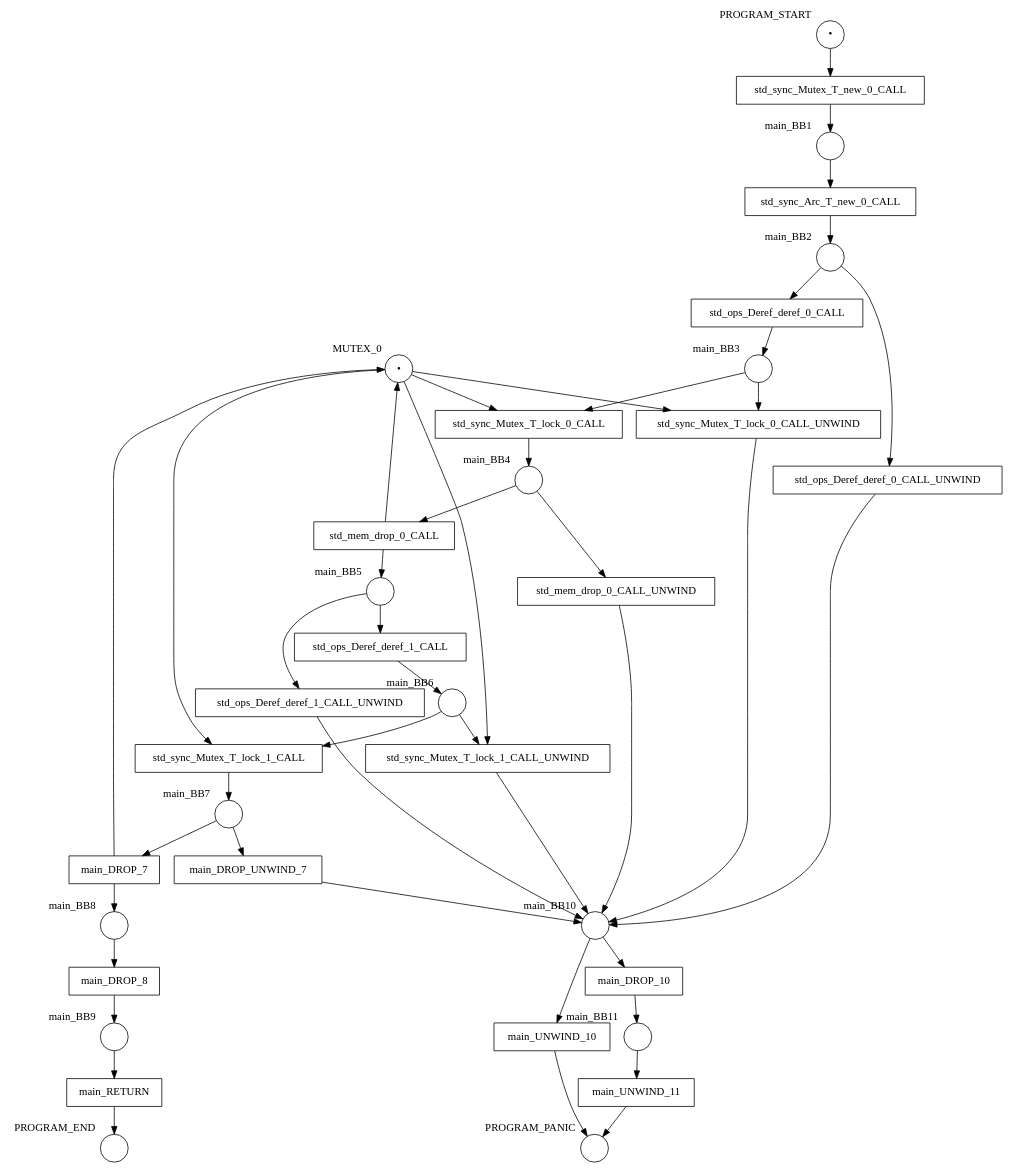
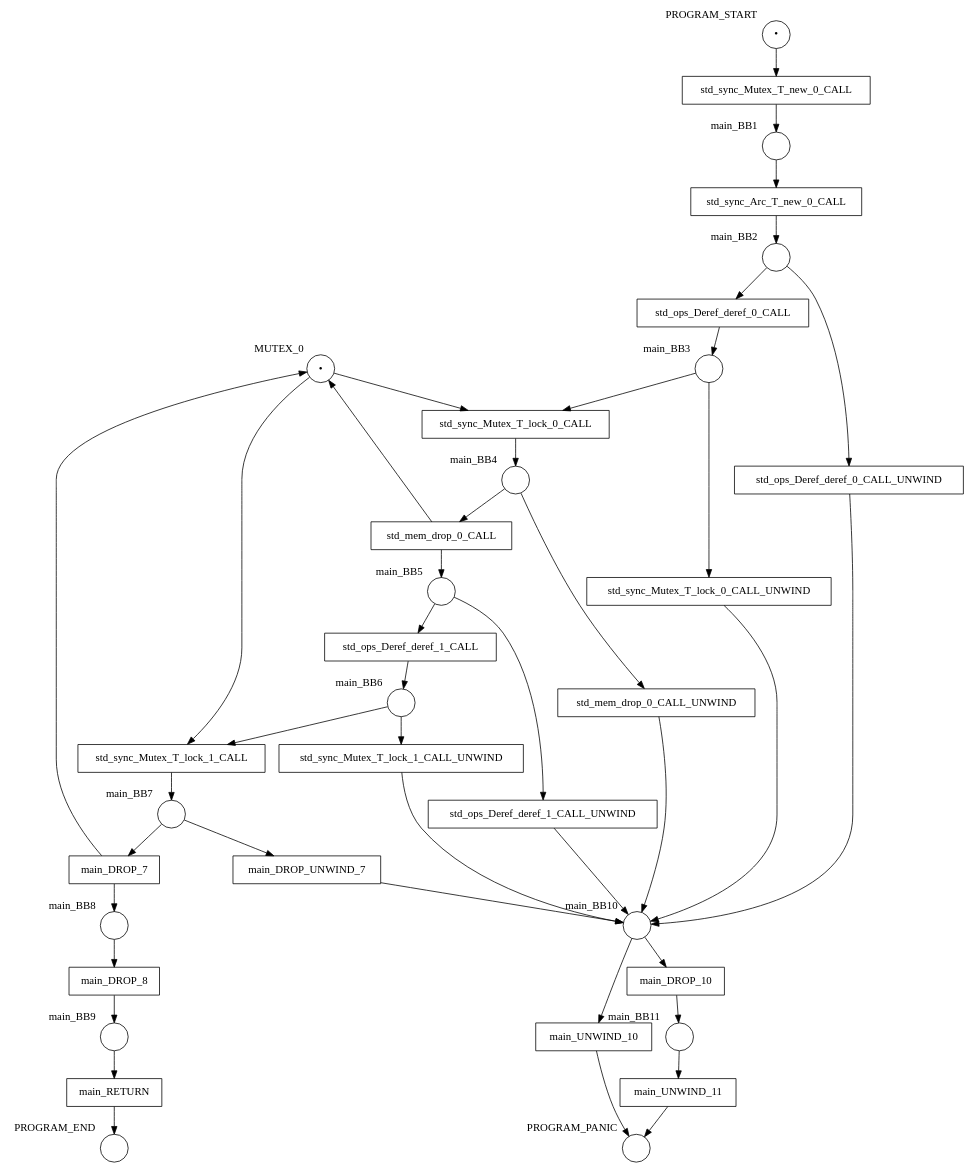
Before and after one commit to hlisdero/cargo-check-deadlock: the diagram in examples/results/mutex/drop_mutex_guard_in_arc_manually/net.dot, drawn with Graphviz. The commit also changed 21 other files, not shown here.

First line of the commit message:
Do not connect `std::sync::mutex::lock` unwind transition to mutex place

```diff
--- a/examples/results/mutex/drop_mutex_guard_in_arc_manually/net.dot
+++ b/examples/results/mutex/drop_mutex_guard_in_arc_manually/net.dot
@@ -1,80 +1,78 @@
 digraph petrinet {
     MUTEX_0 [shape="circle" xlabel="MUTEX_0" label="•"];
     PROGRAM_END [shape="circle" xlabel="PROGRAM_END" label=""];
     PROGRAM_PANIC [shape="circle" xlabel="PROGRAM_PANIC" label=""];
     PROGRAM_START [shape="circle" xlabel="PROGRAM_START" label="•"];
     main_BB1 [shape="circle" xlabel="main_BB1" label=""];
     main_BB10 [shape="circle" xlabel="main_BB10" label=""];
     main_BB11 [shape="circle" xlabel="main_BB11" label=""];
     main_BB2 [shape="circle" xlabel="main_BB2" label=""];
     main_BB3 [shape="circle" xlabel="main_BB3" label=""];
     main_BB4 [shape="circle" xlabel="main_BB4" label=""];
     main_BB5 [shape="circle" xlabel="main_BB5" label=""];
     main_BB6 [shape="circle" xlabel="main_BB6" label=""];
     main_BB7 [shape="circle" xlabel="main_BB7" label=""];
     main_BB8 [shape="circle" xlabel="main_BB8" label=""];
     main_BB9 [shape="circle" xlabel="main_BB9" label=""];
     main_DROP_10 [shape="box" xlabel="" label="main_DROP_10"];
     main_DROP_7 [shape="box" xlabel="" label="main_DROP_7"];
     main_DROP_8 [shape="box" xlabel="" label="main_DROP_8"];
     main_DROP_UNWIND_7 [shape="box" xlabel="" label="main_DROP_UNWIND_7"];
     main_RETURN [shape="box" xlabel="" label="main_RETURN"];
     main_UNWIND_10 [shape="box" xlabel="" label="main_UNWIND_10"];
     main_UNWIND_11 [shape="box" xlabel="" label="main_UNWIND_11"];
     std_mem_drop_0_CALL [shape="box" xlabel="" label="std_mem_drop_0_CALL"];
     std_mem_drop_0_CALL_UNWIND [shape="box" xlabel="" label="std_mem_drop_0_CALL_UNWIND"];
     std_ops_Deref_deref_0_CALL [shape="box" xlabel="" label="std_ops_Deref_deref_0_CALL"];
     std_ops_Deref_deref_0_CALL_UNWIND [shape="box" xlabel="" label="std_ops_Deref_deref_0_CALL_UNWIND"];
     std_ops_Deref_deref_1_CALL [shape="box" xlabel="" label="std_ops_Deref_deref_1_CALL"];
     std_ops_Deref_deref_1_CALL_UNWIND [shape="box" xlabel="" label="std_ops_Deref_deref_1_CALL_UNWIND"];
     std_sync_Arc_T_new_0_CALL [shape="box" xlabel="" label="std_sync_Arc_T_new_0_CALL"];
     std_sync_Mutex_T_lock_0_CALL [shape="box" xlabel="" label="std_sync_Mutex_T_lock_0_CALL"];
     std_sync_Mutex_T_lock_0_CALL_UNWIND [shape="box" xlabel="" label="std_sync_Mutex_T_lock_0_CALL_UNWIND"];
     std_sync_Mutex_T_lock_1_CALL [shape="box" xlabel="" label="std_sync_Mutex_T_lock_1_CALL"];
     std_sync_Mutex_T_lock_1_CALL_UNWIND [shape="box" xlabel="" label="std_sync_Mutex_T_lock_1_CALL_UNWIND"];
     std_sync_Mutex_T_new_0_CALL [shape="box" xlabel="" label="std_sync_Mutex_T_new_0_CALL"];
     MUTEX_0 -> std_sync_Mutex_T_lock_0_CALL;
-    MUTEX_0 -> std_sync_Mutex_T_lock_0_CALL_UNWIND;
     MUTEX_0 -> std_sync_Mutex_T_lock_1_CALL;
-    MUTEX_0 -> std_sync_Mutex_T_lock_1_CALL_UNWIND;
     PROGRAM_START -> std_sync_Mutex_T_new_0_CALL;
     main_BB1 -> std_sync_Arc_T_new_0_CALL;
     main_BB10 -> main_DROP_10;
     main_BB10 -> main_UNWIND_10;
     main_BB11 -> main_UNWIND_11;
     main_BB2 -> std_ops_Deref_deref_0_CALL;
     main_BB2 -> std_ops_Deref_deref_0_CALL_UNWIND;
     main_BB3 -> std_sync_Mutex_T_lock_0_CALL;
     main_BB3 -> std_sync_Mutex_T_lock_0_CALL_UNWIND;
     main_BB4 -> std_mem_drop_0_CALL;
     main_BB4 -> std_mem_drop_0_CALL_UNWIND;
     main_BB5 -> std_ops_Deref_deref_1_CALL;
     main_BB5 -> std_ops_Deref_deref_1_CALL_UNWIND;
     main_BB6 -> std_sync_Mutex_T_lock_1_CALL;
     main_BB6 -> std_sync_Mutex_T_lock_1_CALL_UNWIND;
     main_BB7 -> main_DROP_7;
     main_BB7 -> main_DROP_UNWIND_7;
     main_BB8 -> main_DROP_8;
     main_BB9 -> main_RETURN;
     main_DROP_10 -> main_BB11;
     main_DROP_7 -> MUTEX_0;
     main_DROP_7 -> main_BB8;
     main_DROP_8 -> main_BB9;
     main_DROP_UNWIND_7 -> main_BB10;
     main_RETURN -> PROGRAM_END;
     main_UNWIND_10 -> PROGRAM_PANIC;
     main_UNWIND_11 -> PROGRAM_PANIC;
     std_mem_drop_0_CALL -> MUTEX_0;
     std_mem_drop_0_CALL -> main_BB5;
     std_mem_drop_0_CALL_UNWIND -> main_BB10;
     std_ops_Deref_deref_0_CALL -> main_BB3;
     std_ops_Deref_deref_0_CALL_UNWIND -> main_BB10;
     std_ops_Deref_deref_1_CALL -> main_BB6;
     std_ops_Deref_deref_1_CALL_UNWIND -> main_BB10;
     std_sync_Arc_T_new_0_CALL -> main_BB2;
     std_sync_Mutex_T_lock_0_CALL -> main_BB4;
     std_sync_Mutex_T_lock_0_CALL_UNWIND -> main_BB10;
     std_sync_Mutex_T_lock_1_CALL -> main_BB7;
     std_sync_Mutex_T_lock_1_CALL_UNWIND -> main_BB10;
     std_sync_Mutex_T_new_0_CALL -> main_BB1;
 }
```
